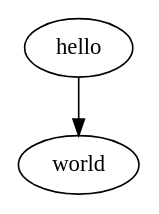
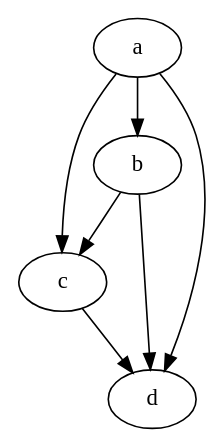
Before and after one commit to hanhan9449/hanhan9449.github.io: the diagram in docs/public/dots/hello.dot, drawn with Graphviz. The commit also changed 5 other files, not shown here.

```diff
--- a/docs/public/dots/hello.dot
+++ b/docs/public/dots/hello.dot
@@ -1,3 +1,6 @@
 digraph helloWorld {
-    hello -> world
+    a -> b -> c -> d;
+    b -> d;
+    a -> c;
+    a -> d;
 }
```
